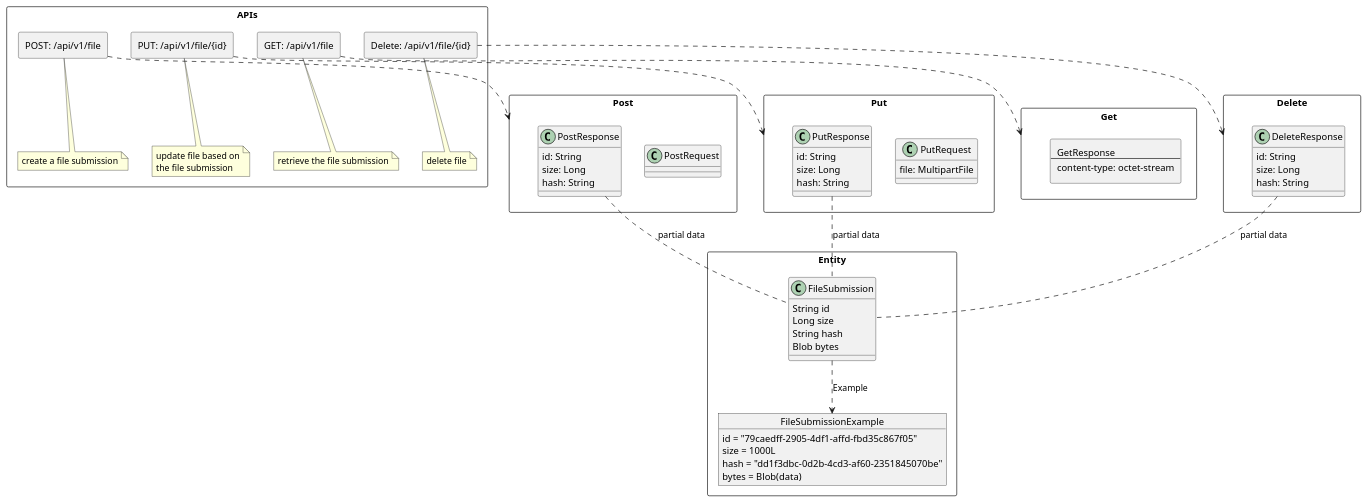
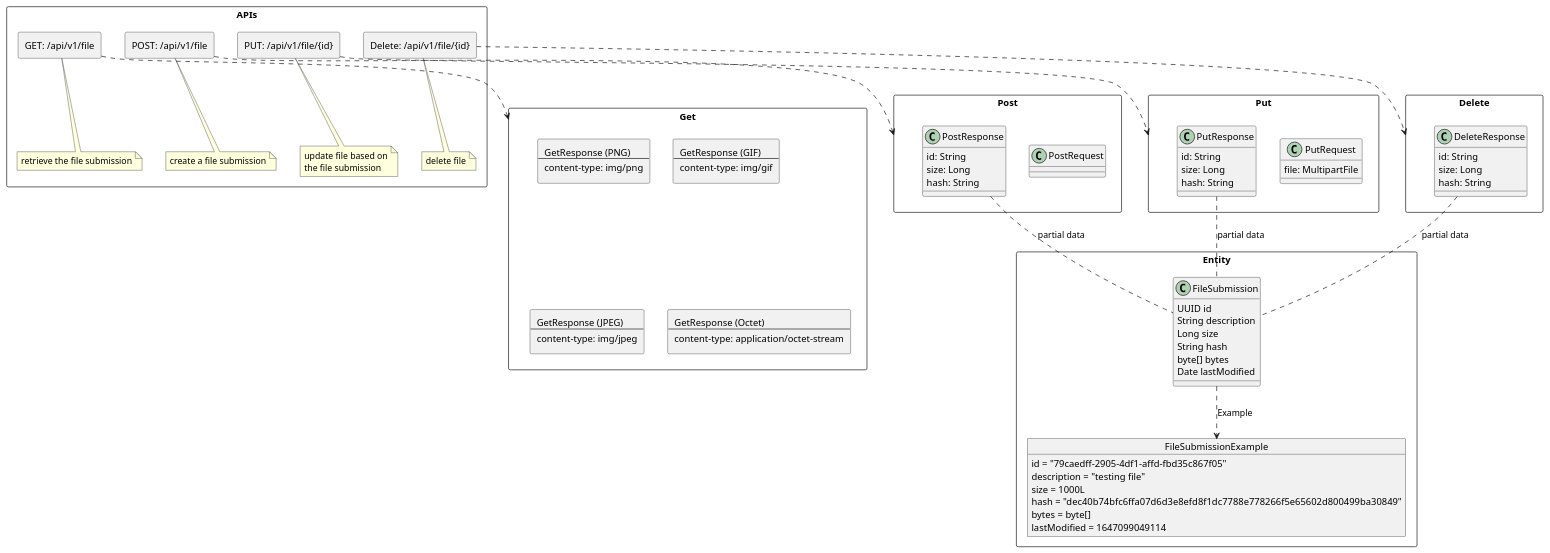
Before and after one commit to xh-dev/simple-file-storage: the diagram in docs/api.puml, drawn with PlantUML. The commit also changed 13 other files, not shown here.

```diff
--- a/docs/api.puml
+++ b/docs/api.puml
@@ -1,90 +1,109 @@
 @startuml
 allow_mixing
 rectangle APIs as apis{
     top to bottom direction
     agent "POST: /api/v1/file" as apis.post
     note bottom of apis.post
         create a file submission
     end note
     agent "PUT: /api/v1/file/{id}" as apis.put
     note bottom of apis.put
         update file based on
         the file submission
     end note
     agent "GET: /api/v1/file" as apis.get
     note bottom of apis.get
         retrieve the file submission
     end note
     agent "Delete: /api/v1/file/{id}" as apis.delete
     note bottom of apis.delete
         delete file
     end note
 }
 
 rectangle Entity{
     class FileSubmission {
-        String id
+        UUID id
+        String description
         Long size
         String hash
-        Blob bytes
+        byte[] bytes
+        Date lastModified
     }
 
     object FileSubmissionExample {
         id = "79caedff-2905-4df1-affd-fbd35c867f05"
+        description = "testing file"
         size = 1000L
-        hash = "dd1f3dbc-0d2b-4cd3-af60-2351845070be"
-        bytes = Blob(data)
+        hash = "dec40b74bfc6ffa07d6d3e8efd8f1dc7788e778266f5e65602d800499ba30849"
+        bytes = byte[]
+        lastModified = 1647099049114
     }
 
     FileSubmission -[dashed]-> FileSubmissionExample : Example
 
 
 }
 
 rectangle Post as postRect{
     class PostRequest{}
     class PostResponse{
         id: String
         size: Long
         hash: String
     }
 }
 
 rectangle Put as putRect{
     class PutRequest{
         file: MultipartFile
     }
     class PutResponse {
         id: String
         size: Long
         hash: String
     }
 }
 
 PostResponse -[dashed]- FileSubmission : partial data
 PutResponse -[dashed]- FileSubmission : partial data
 
 rectangle Get as getRect{
-    rectangle GetResponse[
-        GetResponse
+    rectangle GetResponsePNG[
+        GetResponse (PNG)
         ---
-        content-type: octet-stream
+        content-type: img/png
+    ]
+    rectangle GetResponseGIF[
+        GetResponse (GIF)
+        ---
+        content-type: img/gif
+    ]
+    rectangle GetResponseJPEG[
+        GetResponse (JPEG)
+        ---
+        content-type: img/jpeg
+    ]
+    rectangle GetResponseOctet[
+        GetResponse (Octet)
+        ---
+        content-type: application/octet-stream
     ]
 }
 
 rectangle Delete as deleteRect{
     class DeleteResponse {
         id: String
         size: Long
         hash: String
     }
 }
 
 DeleteResponse -[dashed]- FileSubmission : partial data
 
 apis.post -[dashed]-> postRect
 apis.put -[dashed]-> putRect
 apis.get -[dashed]-> getRect
 apis.delete -[dashed]-> deleteRect
 
 @enduml
```
